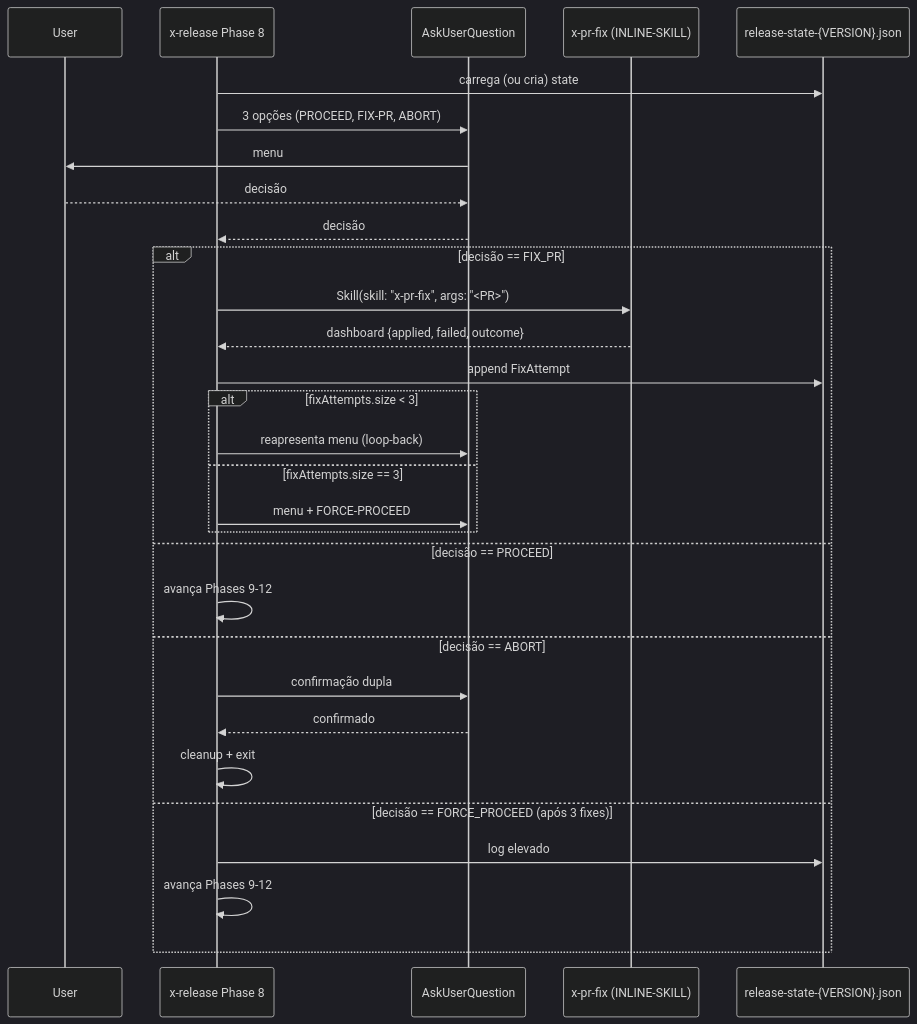
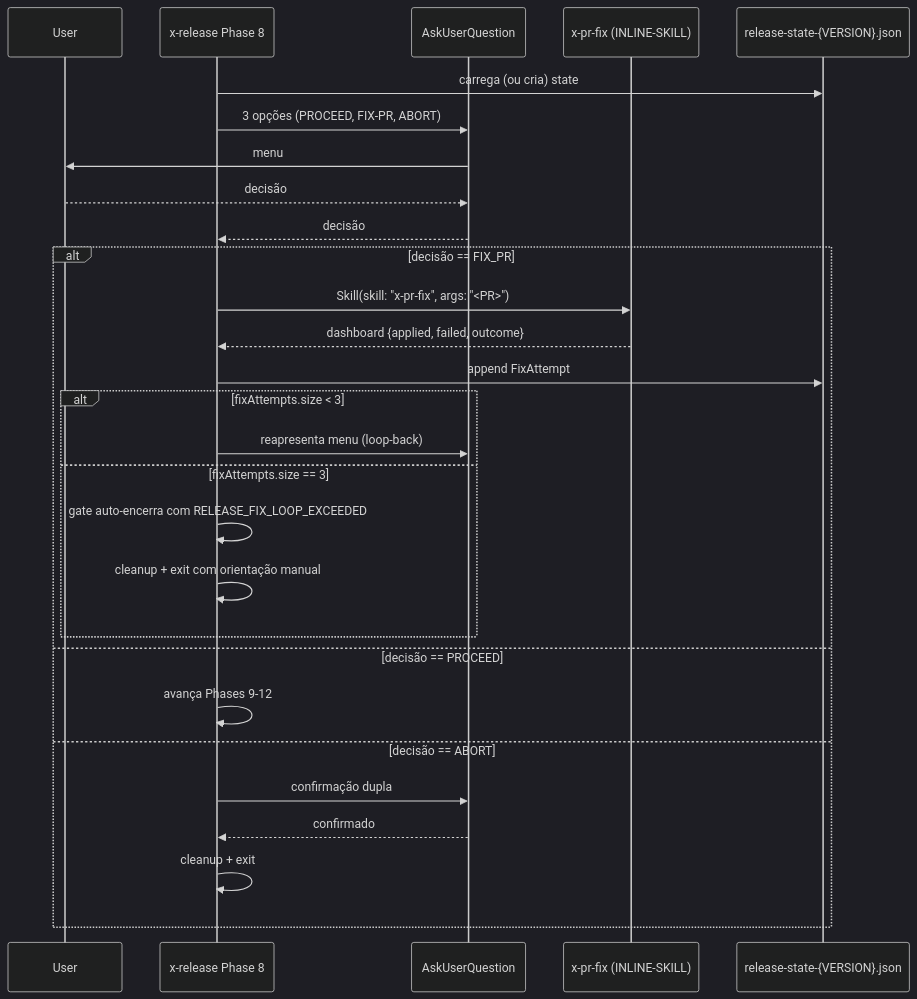
Before and after one commit to edercnj/ia-dev-environment: the diagram in plans/epic-0043/story-0043-0002.md, drawn with Mermaid (dark theme). The commit also changed other lines of this file and 6 other files, not shown here.

````diff
--- a/plans/epic-0043/story-0043-0002.md
+++ b/plans/epic-0043/story-0043-0002.md
@@ -120,33 +123,31 @@
 ```mermaid
 sequenceDiagram
     participant User
     participant Release as x-release Phase 8
     participant AUQ as AskUserQuestion
     participant PRFix as x-pr-fix (INLINE-SKILL)
     participant State as release-state-{VERSION}.json
 
     Release->>State: carrega (ou cria) state
     Release->>AUQ: 3 opções (PROCEED, FIX-PR, ABORT)
     AUQ->>User: menu
     User-->>AUQ: decisão
     AUQ-->>Release: decisão
     alt decisão == FIX_PR
         Release->>PRFix: Skill(skill: "x-pr-fix", args: "<PR>")
         PRFix-->>Release: dashboard {applied, failed, outcome}
         Release->>State: append FixAttempt
         alt fixAttempts.size < 3
             Release->>AUQ: reapresenta menu (loop-back)
         else fixAttempts.size == 3
-            Release->>AUQ: menu + FORCE-PROCEED
+            Release->>Release: gate auto-encerra com RELEASE_FIX_LOOP_EXCEEDED
+            Release->>Release: cleanup + exit com orientação manual
         end
     else decisão == PROCEED
         Release->>Release: avança Phases 9-12
     else decisão == ABORT
         Release->>AUQ: confirmação dupla
         AUQ-->>Release: confirmado
         Release->>Release: cleanup + exit
-    else decisão == FORCE_PROCEED (após 3 fixes)
-        Release->>State: log elevado
-        Release->>Release: avança Phases 9-12
     end
 ```
````
